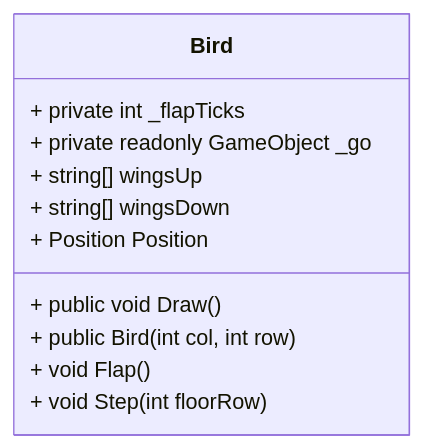
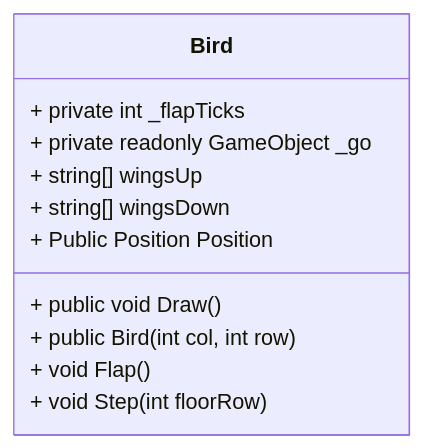
One commit to NexusWeave/MVP-FlappyBird-cs changed the sixth of 9 diagrams in dokumentasjon/diagram/klasse-diagram.md. Above: the diagram before and after it, drawn with Mermaid. The commit also changed other lines of this file, not shown here.

Commit message:
Fix formatting and consistency issues in klasse-diagram.md

````diff
--- a/dokumentasjon/diagram/klasse-diagram.md
+++ b/dokumentasjon/diagram/klasse-diagram.md
@@ -78,20 +84,20 @@
 ```mermaid
     classDiagram
         direction TD
 
     class Bird {
         + private int _flapTicks
         + private readonly GameObject _go
 
         + string[] wingsUp
         + string[] wingsDown
 
         + public void Draw()
         + public Bird(int col, int row)
 
-        + Position Position
+        + Public Position Position
 
         + void Flap()
         + void Step(int floorRow)
     }
 ```
````
